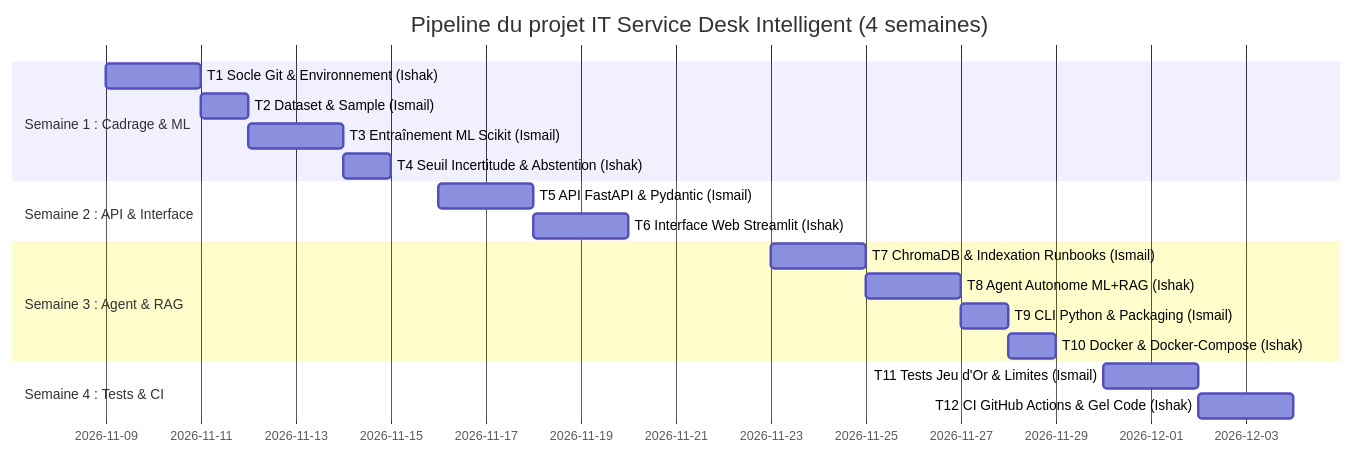
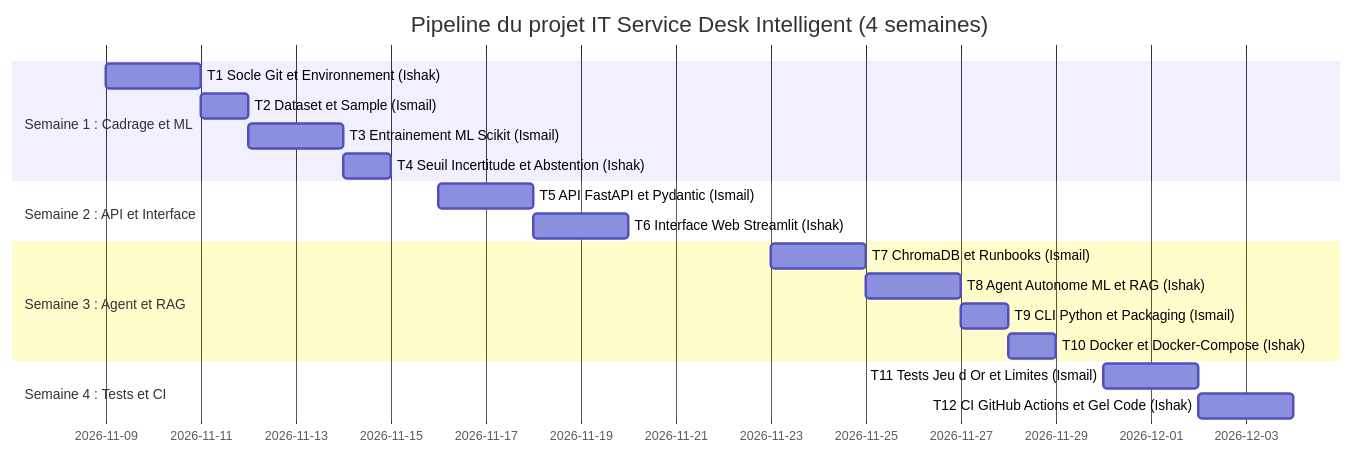
One commit to inazuma2004/Lamzouri_Ishak-Amrani_Ismail_Projet20 changed the diagram in docs/semaine1/4-pipeline.md. Above: the diagram before and after it, drawn with Mermaid. The commit also changed 5 other files, not shown here.

Commit message:
docs(semaine1): finalisation schemas Mermaid, wireframes et alias du dossier de lancement

````diff
--- a/docs/semaine1/4-pipeline.md
+++ b/docs/semaine1/4-pipeline.md
@@ -41,25 +41,25 @@
 ```mermaid
 gantt
     dateFormat  YYYY-MM-DD
     title Pipeline du projet IT Service Desk Intelligent (4 semaines)
     
-    section Semaine 1 : Cadrage & ML
-    T1 Socle Git & Environnement (Ishak)     :t1, 2026-11-09, 2d
-    T2 Dataset & Sample (Ismail)             :t2, after t1, 1d
-    T3 Entraînement ML Scikit (Ismail)       :t3, after t2, 2d
-    T4 Seuil Incertitude & Abstention (Ishak):t4, after t3, 1d
+    section Semaine 1 : Cadrage et ML
+    T1 Socle Git et Environnement (Ishak)     :t1, 2026-11-09, 2d
+    T2 Dataset et Sample (Ismail)             :t2, after t1, 1d
+    T3 Entrainement ML Scikit (Ismail)        :t3, after t2, 2d
+    T4 Seuil Incertitude et Abstention (Ishak):t4, after t3, 1d
     
-    section Semaine 2 : API & Interface
-    T5 API FastAPI & Pydantic (Ismail)       :t5, 2026-11-16, 2d
-    T6 Interface Web Streamlit (Ishak)       :t6, after t5, 2d
+    section Semaine 2 : API et Interface
+    T5 API FastAPI et Pydantic (Ismail)       :t5, 2026-11-16, 2d
+    T6 Interface Web Streamlit (Ishak)        :t6, after t5, 2d
     
-    section Semaine 3 : Agent & RAG
-    T7 ChromaDB & Indexation Runbooks (Ismail):t7, 2026-11-23, 2d
-    T8 Agent Autonome ML+RAG (Ishak)         :t8, after t7, 2d
-    T9 CLI Python & Packaging (Ismail)       :t9, after t8, 1d
-    T10 Docker & Docker-Compose (Ishak)      :t10, after t9, 1d
+    section Semaine 3 : Agent et RAG
+    T7 ChromaDB et Runbooks (Ismail)          :t7, 2026-11-23, 2d
+    T8 Agent Autonome ML et RAG (Ishak)       :t8, after t7, 2d
+    T9 CLI Python et Packaging (Ismail)       :t9, after t8, 1d
+    T10 Docker et Docker-Compose (Ishak)      :t10, after t9, 1d
     
-    section Semaine 4 : Tests & CI
-    T11 Tests Jeu d'Or & Limites (Ismail)   :t11, 2026-11-30, 2d
-    T12 CI GitHub Actions & Gel Code (Ishak) :t12, after t11, 2d
+    section Semaine 4 : Tests et CI
+    T11 Tests Jeu d Or et Limites (Ismail)    :t11, 2026-11-30, 2d
+    T12 CI GitHub Actions et Gel Code (Ishak) :t12, after t11, 2d
 ```
````
